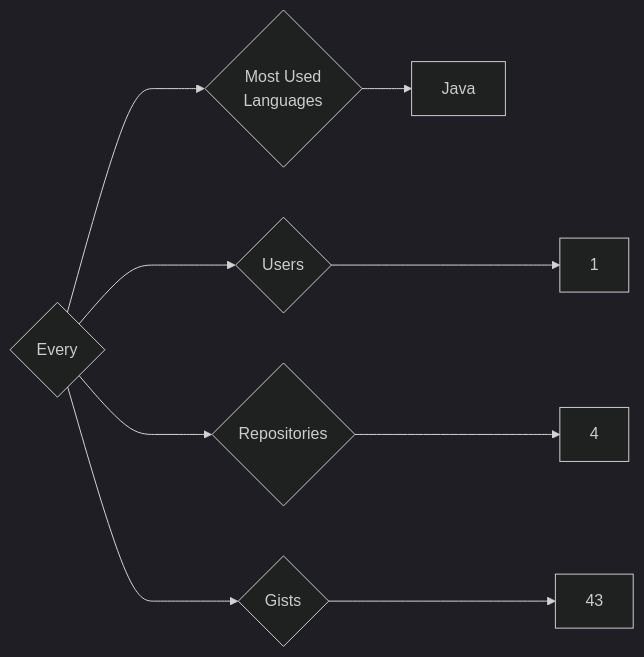
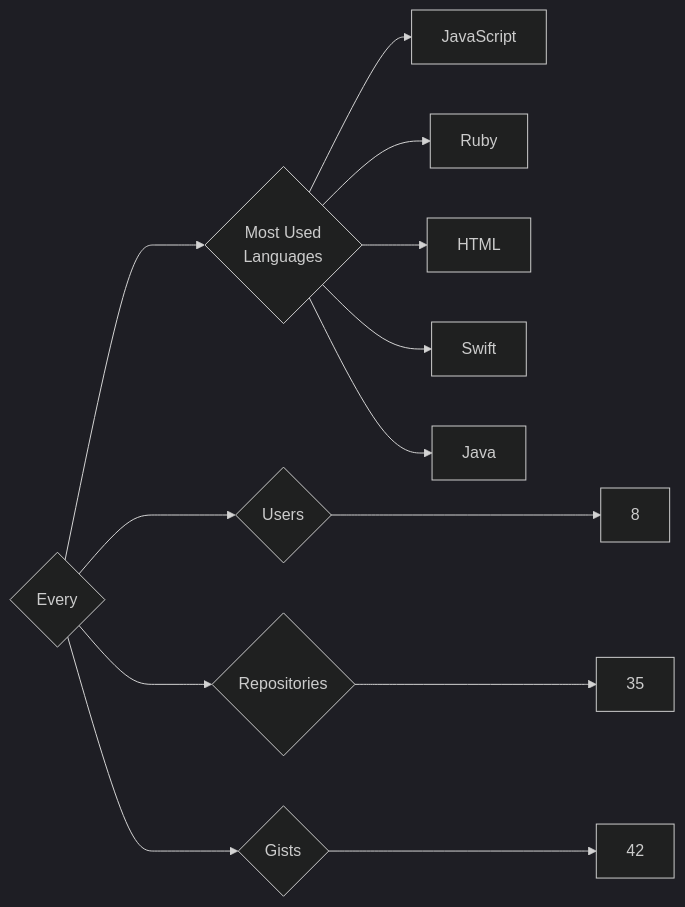
One commit to trickest/insiders changed the diagram in targets/Every/README.md. Above: the diagram before and after it, drawn with Mermaid (dark theme). The commit also changed 614 other files, not shown here.

````diff
--- a/targets/Every/README.md
+++ b/targets/Every/README.md
@@ -3,9 +3,13 @@
 ```mermaid
 graph LR
 COMPANY_NAME{Every}
-COMPANY_NAME ---> U{Users} ---> UN[1]
-COMPANY_NAME ---> R{Repositories} ---> RN[4]
-COMPANY_NAME ---> G{Gists} ---> GN[43]
+COMPANY_NAME ---> U{Users} ---> UN[8]
+COMPANY_NAME ---> R{Repositories} ---> RN[35]
+COMPANY_NAME ---> G{Gists} ---> GN[42]
 COMPANY_NAME ---> ML{Most Used<br>Languages}
+ML --> JavaScript[JavaScript]
+ML --> Ruby[Ruby]
+ML --> HTML[HTML]
+ML --> Swift[Swift]
 ML --> Java[Java]
 ```
````
